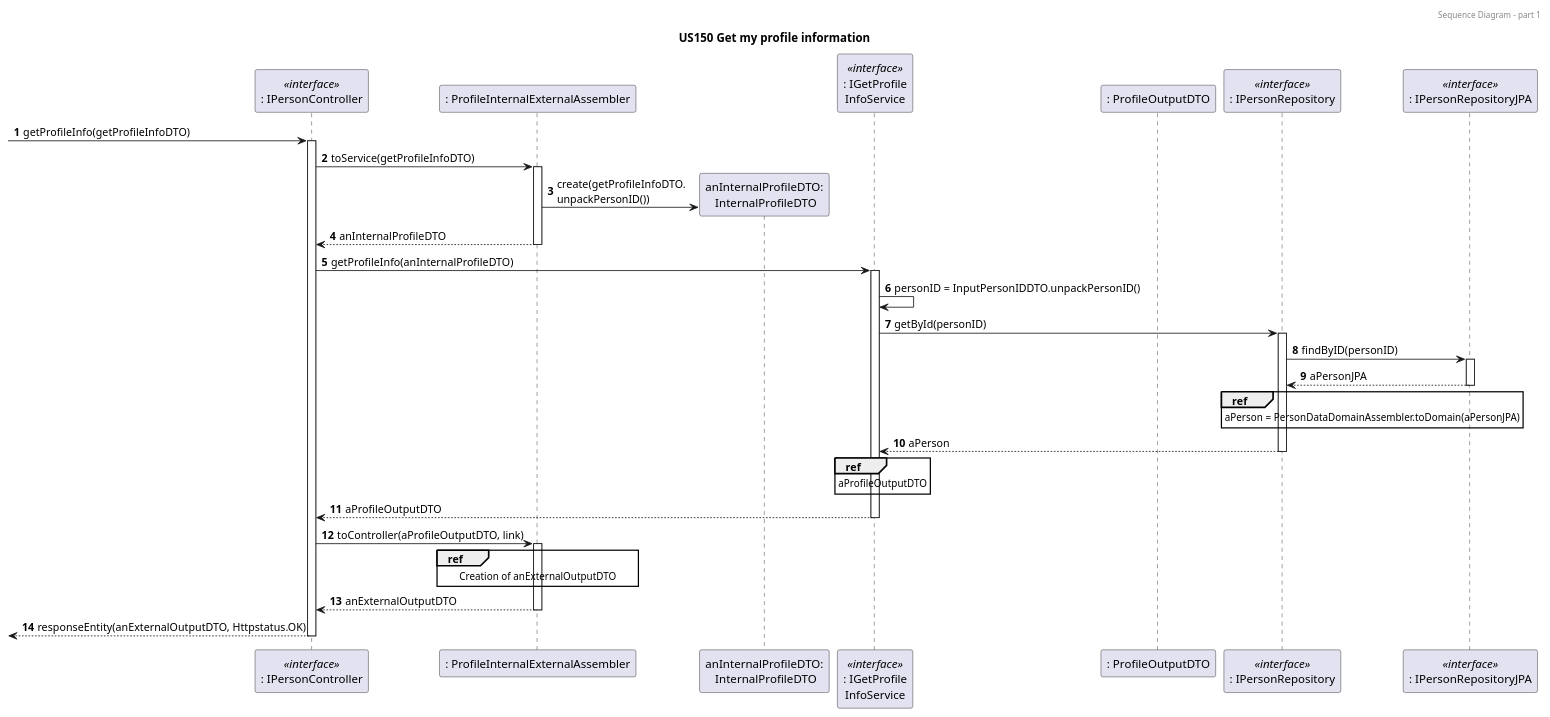
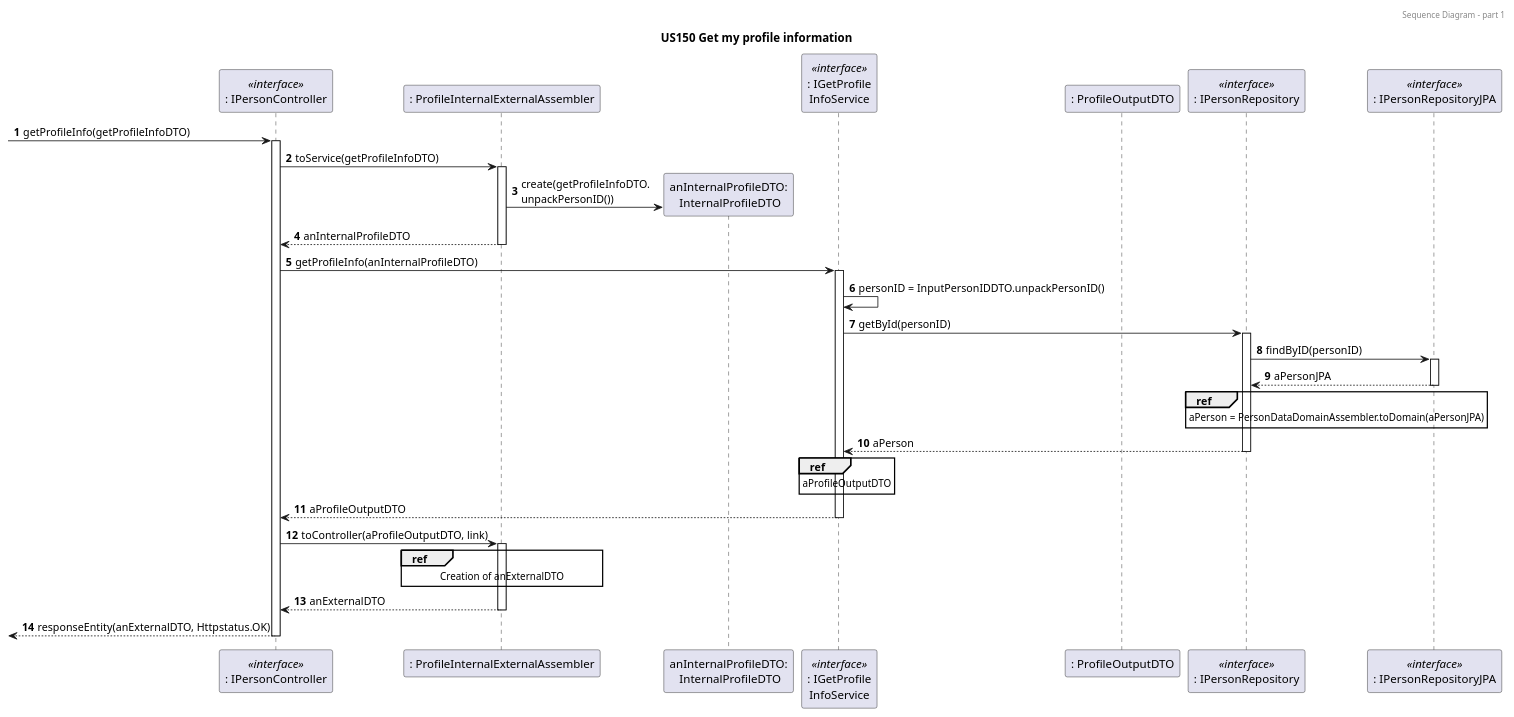
The fourth of 6 diagrams in docs/sprint5/user_stories/US150_GetFamilyMemberProfile.md (tomas-osswald/switch_2020_g3), drawn with PlantUML before and after one commit. The commit also changed other lines of this file, not shown here.

Commit message:
changed naming in a few classes in SD

`````diff
--- a/docs/sprint5/user_stories/US150_GetFamilyMemberProfile.md
+++ b/docs/sprint5/user_stories/US150_GetFamilyMemberProfile.md
@@ -232,53 +232,53 @@
 ````puml
 @startuml
 
 autonumber
 header Sequence Diagram - part 1
 title US150 Get my profile information
 
 
 participant ": IPersonController" as controller <<interface>>
 participant ": ProfileInternalExternalAssembler" as assembler
 participant "anInternalProfileDTO:\n InternalProfileDTO" as internalDTO
 participant ": IGetProfile\nInfoService" as service <<interface>>
 participant ": ProfileOutputDTO" as outputDTO
 participant ": IPersonRepository" as repository <<interface>>
 participant ": IPersonRepositoryJPA" as repoJPA <<interface>>
 
 -> controller : getProfileInfo(getProfileInfoDTO)
 activate controller
 controller -> assembler : toService(getProfileInfoDTO)
 activate assembler
 assembler -> internalDTO** : create(getProfileInfoDTO.\nunpackPersonID())
 return anInternalProfileDTO
 controller -> service : getProfileInfo(anInternalProfileDTO)
 activate service
 
 service -> service : personID = InputPersonIDDTO.unpackPersonID()
 service -> repository : getById(personID)
 activate repository
 repository -> repoJPA : findByID(personID)
 activate repoJPA 
 return aPersonJPA
 
 ref over repository 
 aPerson = PersonDataDomainAssembler.toDomain(aPersonJPA)
 end
 return aPerson
 
 ref over service
 aProfileOutputDTO
 end 
 return aProfileOutputDTO
 
 controller -> assembler : toController(aProfileOutputDTO, link)
 activate assembler
 ref over assembler
-Creation of anExternalOutputDTO
+Creation of anExternalDTO
 end
-return anExternalOutputDTO
-<-- controller : responseEntity(anExternalOutputDTO, Httpstatus.OK)
+return anExternalDTO
+<-- controller : responseEntity(anExternalDTO, Httpstatus.OK)
 deactivate controller
 
 @enduml
 ````
`````
